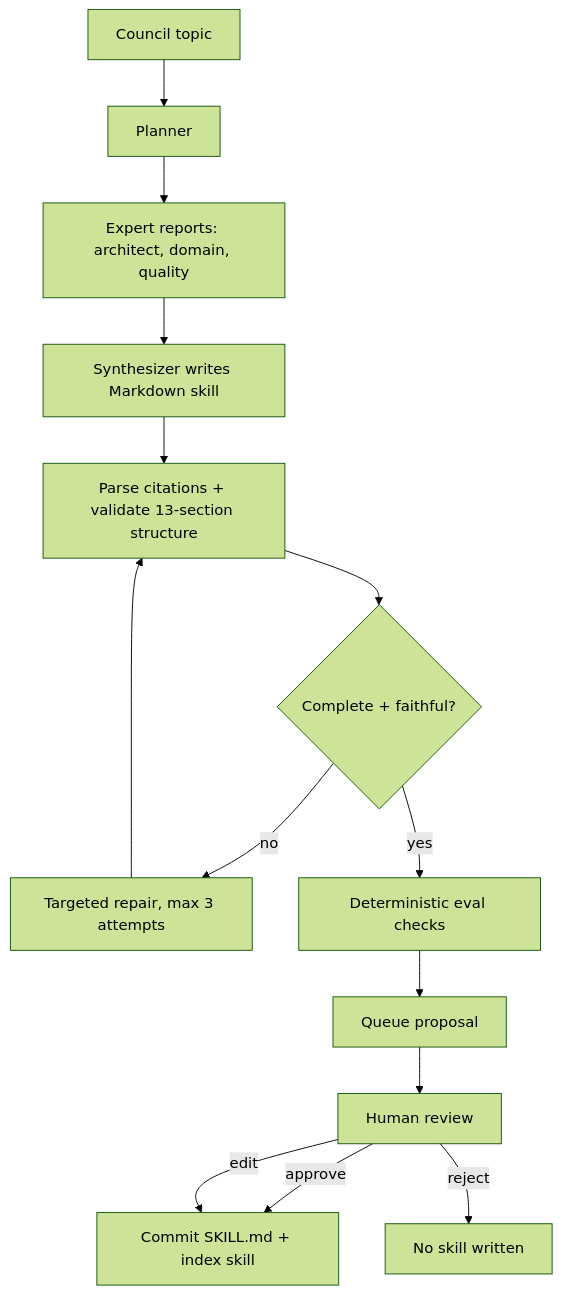
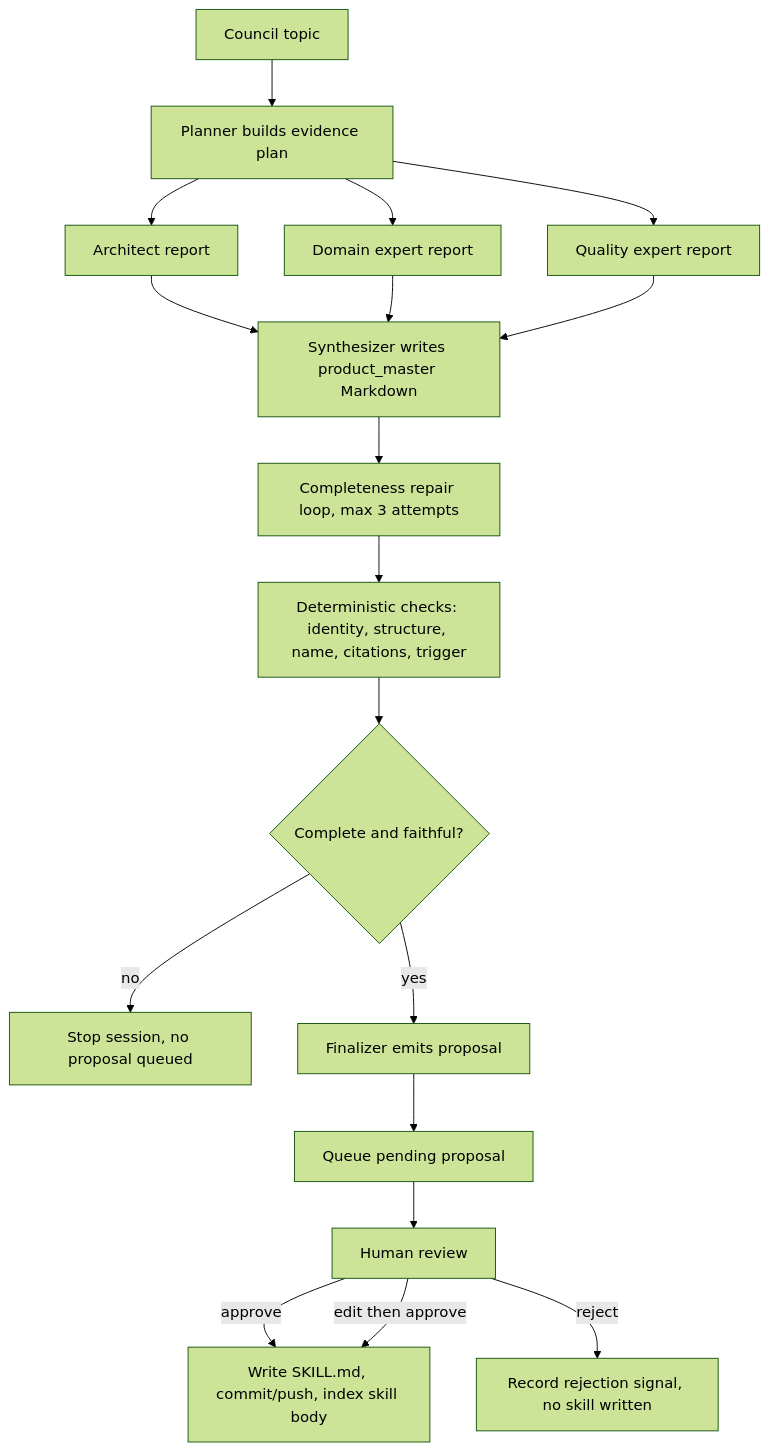
One commit to 0xaeres/anvay-core changed the third of 3 diagrams in README.md. Above: the diagram before and after it, drawn with Mermaid (forest theme). The commit also changed other lines of this file, not shown here.

Commit message:
Expand README with product-focused overview

````diff
--- a/README.md
+++ b/README.md
@@ -164,16 +292,20 @@
 ```mermaid
 flowchart TD
-  Topic["Council topic"] --> Planner["Planner"]
-  Planner --> Experts["Expert reports: architect, domain, quality"]
-  Experts --> Synth["Synthesizer writes Markdown skill"]
-  Synth --> Parse["Parse citations + validate 13-section structure"]
-  Parse --> Complete{"Complete + faithful?"}
-  Complete -- "no" --> Repair["Targeted repair, max 3 attempts"]
-  Repair --> Parse
-  Complete -- "yes" --> Eval["Deterministic eval checks"]
-  Eval --> Queue["Queue proposal"]
+  Topic["Council topic"] --> Planner["Planner builds evidence plan"]
+  Planner --> Architect["Architect report"]
+  Planner --> Domain["Domain expert report"]
+  Planner --> Quality["Quality expert report"]
+  Architect --> Synth["Synthesizer writes product_master Markdown"]
+  Domain --> Synth
+  Quality --> Synth
+  Synth --> Repair["Completeness repair loop, max 3 attempts"]
+  Repair --> Eval["Deterministic checks: identity, structure, name, citations, trigger"]
+  Eval --> Complete{"Complete and faithful?"}
+  Complete -- "no" --> Stop["Stop session, no proposal queued"]
+  Complete -- "yes" --> Finalizer["Finalizer emits proposal"]
+  Finalizer --> Queue["Queue pending proposal"]
   Queue --> Review["Human review"]
-  Review -->|approve| Publish["Commit SKILL.md + index skill"]
-  Review -->|edit| Publish
-  Review -->|reject| Stop["No skill written"]
+  Review -->|approve| Publish["Write SKILL.md, commit/push, index skill body"]
+  Review -->|edit then approve| Publish
+  Review -->|reject| Reject["Record rejection signal, no skill written"]
 ```
````
